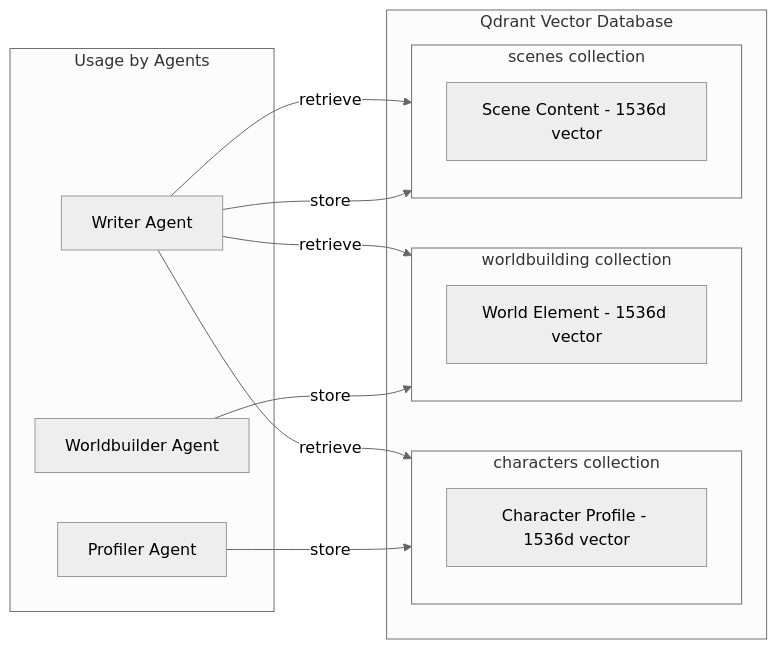
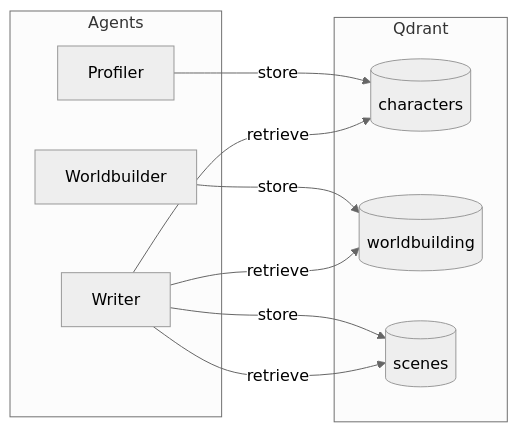
The sixth of 9 diagrams in README.md (IShalkin/manoe), drawn with Mermaid (neutral theme) before and after one commit. The commit also changed other lines of this file, not shown here.

First line of the commit message:
fix: Simplify Mermaid diagrams for GitHub compatibility

````diff
--- a/README.md
+++ b/README.md
@@ -342,30 +224,21 @@
 ```mermaid
 flowchart LR
-    subgraph Qdrant["Qdrant Vector Database"]
-        subgraph Characters["characters collection"]
-            C1["Character Profile - 1536d vector"]
-        end
-        
-        subgraph World["worldbuilding collection"]
-            W1["World Element - 1536d vector"]
-        end
-        
-        subgraph Scenes["scenes collection"]
-            S1["Scene Content - 1536d vector"]
-        end
+    subgraph Agents
+        Profiler
+        Worldbuilder
+        Writer
     end
     
-    subgraph Usage["Usage by Agents"]
-        Writer["Writer Agent"]
-        Profiler["Profiler Agent"]
-        Worldbuilder["Worldbuilder Agent"]
+    subgraph Qdrant
+        Characters[(characters)]
+        World[(worldbuilding)]
+        Scenes[(scenes)]
     end
     
     Profiler -->|store| Characters
     Worldbuilder -->|store| World
     Writer -->|store| Scenes
-    
     Writer -->|retrieve| Characters
     Writer -->|retrieve| World
     Writer -->|retrieve| Scenes
 ```
````
